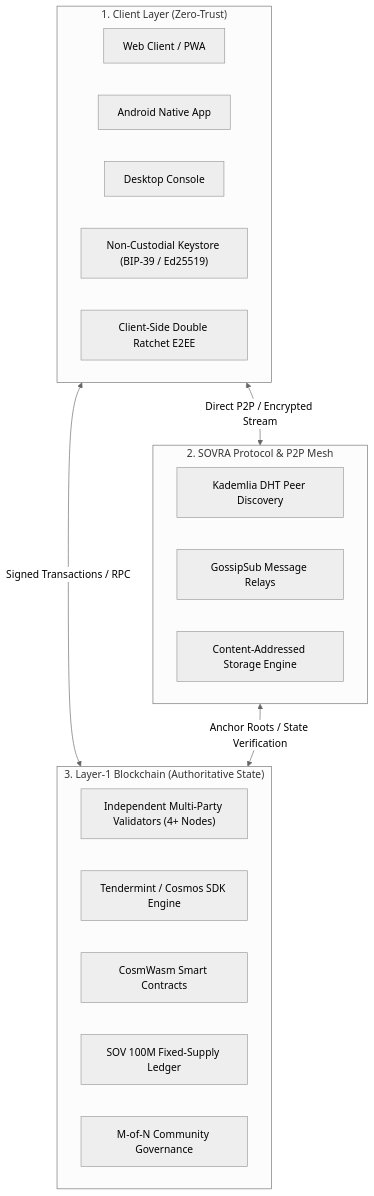
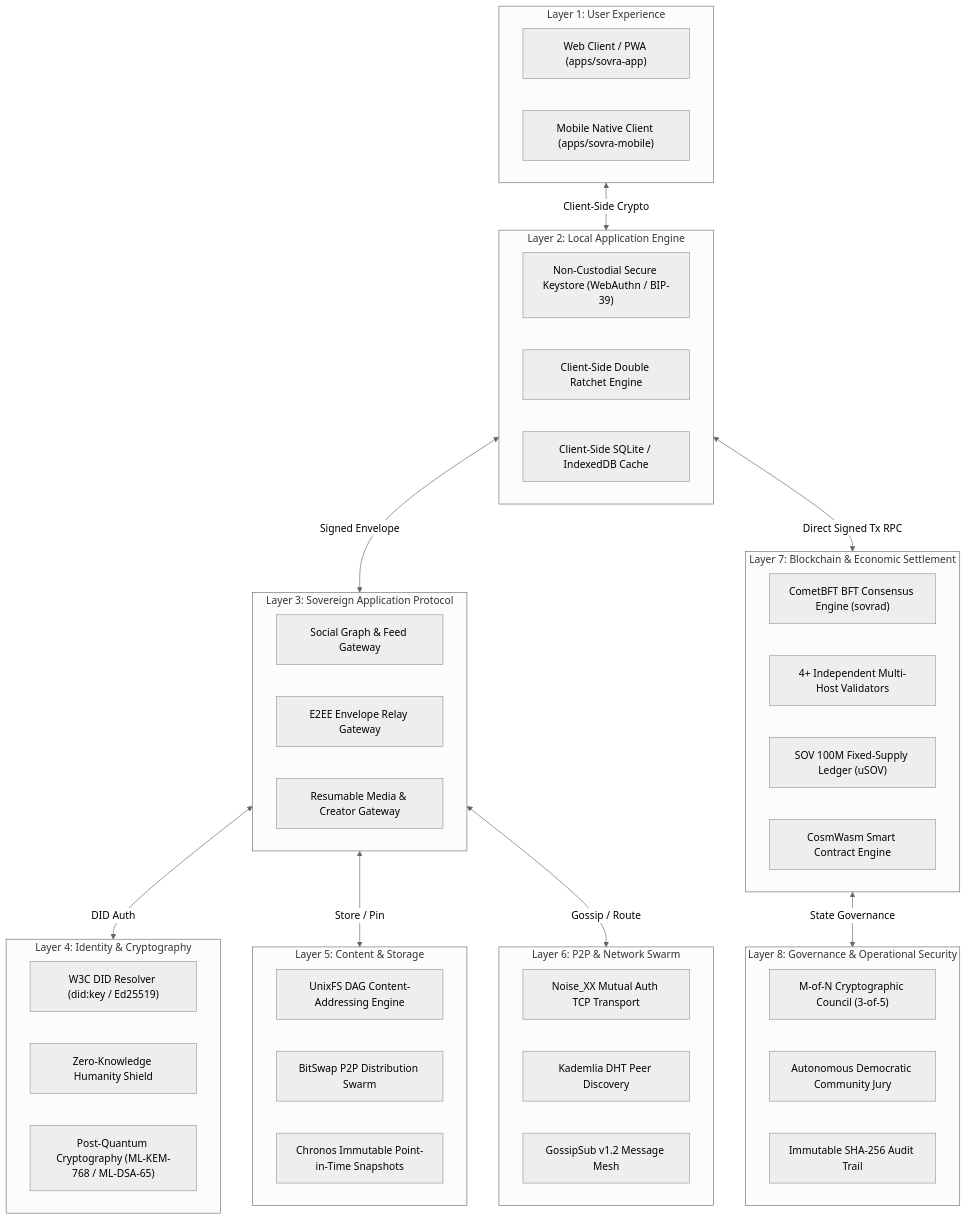
The third of 4 diagrams in SOVRA_INDUSTRY_STANDARD_MASTER_GOAL_AND_ACCEPTANCE.md (ewanbabu36-cell/sovra), drawn with Mermaid (neutral theme) before and after one commit. The commit also changed other lines of this file, not shown here.

````diff
--- a/SOVRA_INDUSTRY_STANDARD_MASTER_GOAL_AND_ACCEPTANCE.md
+++ b/SOVRA_INDUSTRY_STANDARD_MASTER_GOAL_AND_ACCEPTANCE.md
@@ -71,28 +282,58 @@
 ```mermaid
 flowchart TB
-    subgraph ClientLayer["1. Client Layer (Zero-Trust)"]
-        Web["Web Client / PWA"]
-        Android["Android Native App"]
-        Desktop["Desktop Console"]
-        LocalWallet["Non-Custodial Keystore (BIP-39 / Ed25519)"]
-        LocalCrypto["Client-Side Double Ratchet E2EE"]
+    subgraph L1["Layer 1: User Experience"]
+        WebClient["Web Client / PWA (apps/sovra-app)"]
+        MobileClient["Mobile Native Client (apps/sovra-mobile)"]
     end
 
-    subgraph ProtocolLayer["2. SOVRA Protocol & P2P Mesh"]
-        DHT["Kademlia DHT Peer Discovery"]
-        Gossip["GossipSub Message Relays"]
-        ContentStore["Content-Addressed Storage Engine"]
+    subgraph L2["Layer 2: Local Application Engine"]
+        ClientKeystore["Non-Custodial Secure Keystore (WebAuthn / BIP-39)"]
+        ClientRatchet["Client-Side Double Ratchet Engine"]
+        LocalCache["Client-Side SQLite / IndexedDB Cache"]
     end
 
-    subgraph ConsensusLayer["3. Layer-1 Blockchain (Authoritative State)"]
-        ValidatorSet["Independent Multi-Party Validators (4+ Nodes)"]
-        ConsensusEngine["Tendermint / Cosmos SDK Engine"]
-        WASM["CosmWasm Smart Contracts"]
-        TokenModule["SOV 100M Fixed-Supply Ledger"]
-        GovernanceModule["M-of-N Community Governance"]
+    subgraph L3["Layer 3: Sovereign Application Protocol"]
+        SocialGateway["Social Graph & Feed Gateway"]
+        MessagingGateway["E2EE Envelope Relay Gateway"]
+        StudioGateway["Resumable Media & Creator Gateway"]
     end
 
-    ClientLayer <-->|Direct P2P / Encrypted Stream| ProtocolLayer
-    ClientLayer <-->|Signed Transactions / RPC| ConsensusLayer
-    ProtocolLayer <-->|Anchor Roots / State Verification| ConsensusLayer
+    subgraph L4["Layer 4: Identity & Cryptography"]
+        DIDResolver["W3C DID Resolver (did:key / Ed25519)"]
+        ZKShield["Zero-Knowledge Humanity Shield"]
+        PQCSuite["Post-Quantum Cryptography (ML-KEM-768 / ML-DSA-65)"]
+    end
+
+    subgraph L5["Layer 5: Content & Storage"]
+        UnixFSEngine["UnixFS DAG Content-Addressing Engine"]
+        BitSwapSwarm["BitSwap P2P Distribution Swarm"]
+        ChronosSealer["Chronos Immutable Point-in-Time Snapshots"]
+    end
+
+    subgraph L6["Layer 6: P2P & Network Swarm"]
+        NoiseTransport["Noise_XX Mutual Auth TCP Transport"]
+        KadDHT["Kademlia DHT Peer Discovery"]
+        GossipSubNet["GossipSub v1.2 Message Mesh"]
+    end
+
+    subgraph L7["Layer 7: Blockchain & Economic Settlement"]
+        CometConsensus["CometBFT BFT Consensus Engine (sovrad)"]
+        ValidatorSwarm["4+ Independent Multi-Host Validators"]
+        BankModule["SOV 100M Fixed-Supply Ledger (uSOV)"]
+        WASMRuntime["CosmWasm Smart Contract Engine"]
+    end
+
+    subgraph L8["Layer 8: Governance & Operational Security"]
+        MultiSigCouncil["M-of-N Cryptographic Council (3-of-5)"]
+        JuryEngine["Autonomous Democratic Community Jury"]
+        AuditLedger["Immutable SHA-256 Audit Trail"]
+    end
+
+    L1 <-->|Client-Side Crypto| L2
+    L2 <-->|Signed Envelope| L3
+    L3 <-->|DID Auth| L4
+    L3 <-->|Store / Pin| L5
+    L3 <-->|Gossip / Route| L6
+    L2 <-->|Direct Signed Tx RPC| L7
+    L7 <-->|State Governance| L8
 ```
````
